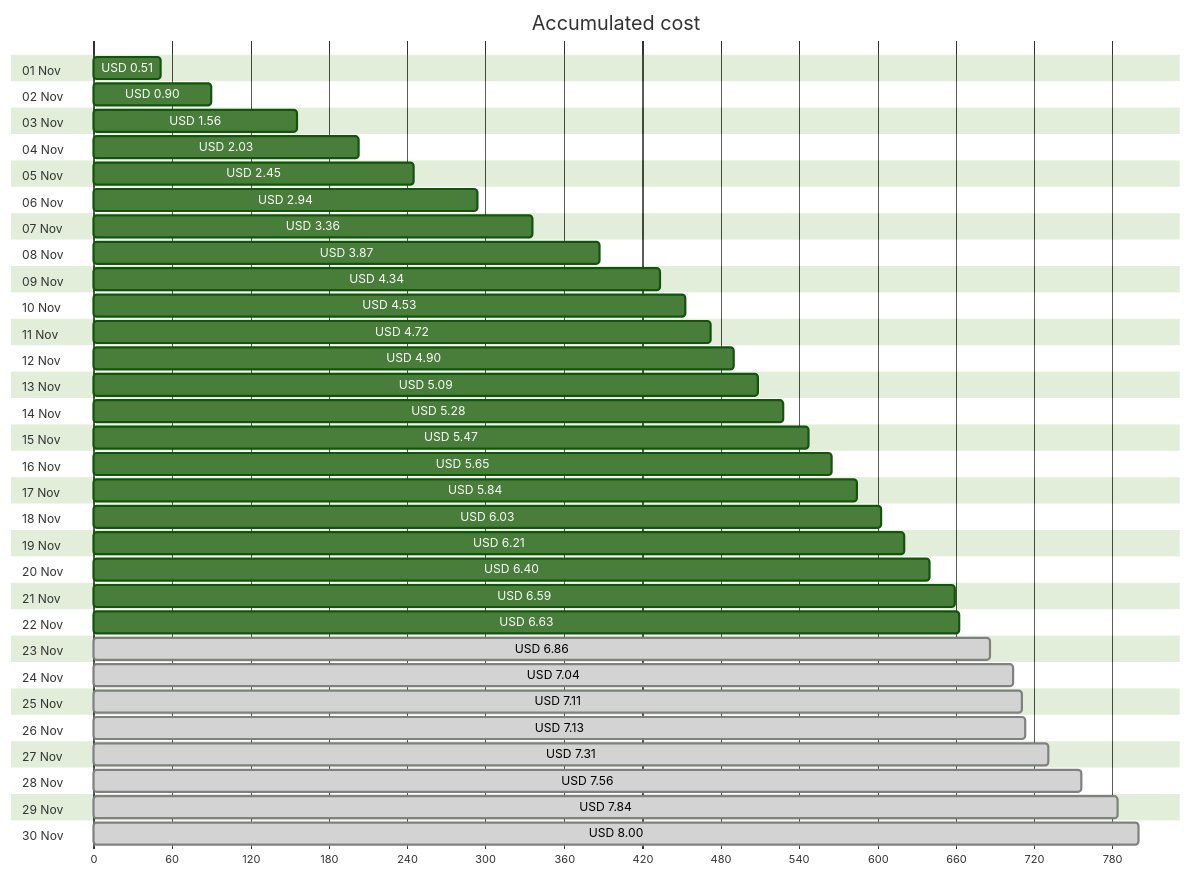
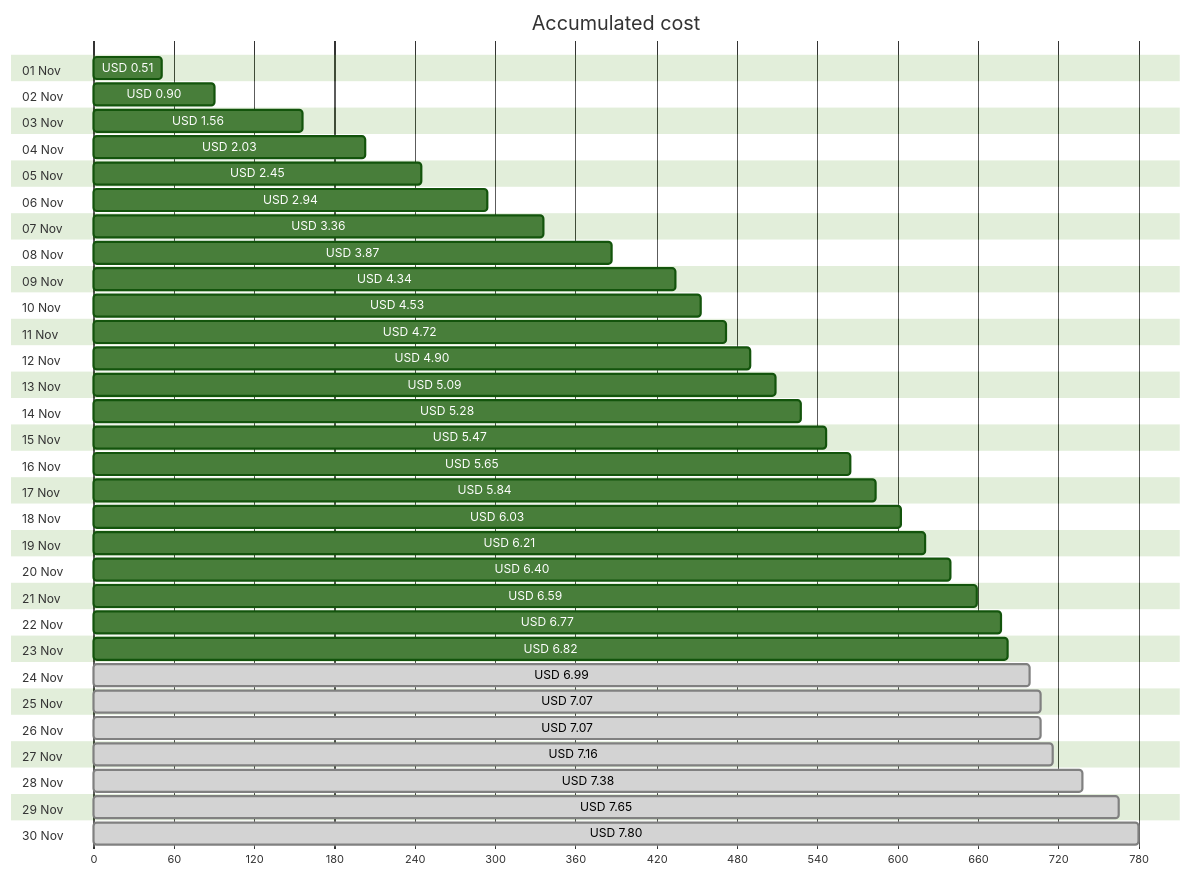
Before and after one commit to jpfulton/azure-personal-reports: the first of 4 diagrams in cost-reports/personal-network/vpn-server.md, drawn with Mermaid (forest theme). The commit also changed other lines of this file and 8 other files, not shown here.

````diff
--- a/cost-reports/personal-network/vpn-server.md
+++ b/cost-reports/personal-network/vpn-server.md
@@ -20,66 +20,66 @@
 ```mermaid
 gantt
    title Accumulated cost
    dateFormat  X
    axisFormat %s
    section 01 Nov
    USD 0.51 :0, 51
    section 02 Nov
    USD 0.90 :0, 90
    section 03 Nov
    USD 1.56 :0, 156
    section 04 Nov
    USD 2.03 :0, 203
    section 05 Nov
    USD 2.45 :0, 245
    section 06 Nov
    USD 2.94 :0, 294
    section 07 Nov
    USD 3.36 :0, 336
    section 08 Nov
    USD 3.87 :0, 387
    section 09 Nov
    USD 4.34 :0, 434
    section 10 Nov
    USD 4.53 :0, 453
    section 11 Nov
    USD 4.72 :0, 472
    section 12 Nov
    USD 4.90 :0, 490
    section 13 Nov
    USD 5.09 :0, 509
    section 14 Nov
    USD 5.28 :0, 528
    section 15 Nov
    USD 5.47 :0, 547
    section 16 Nov
    USD 5.65 :0, 565
    section 17 Nov
    USD 5.84 :0, 584
    section 18 Nov
    USD 6.03 :0, 603
    section 19 Nov
    USD 6.21 :0, 621
    section 20 Nov
    USD 6.40 :0, 640
    section 21 Nov
    USD 6.59 :0, 659
    section 22 Nov
-   USD 6.63 :0, 663
+   USD 6.77 :0, 677
    section 23 Nov
-   USD 6.86 : done, 0, 686
+   USD 6.82 :0, 682
    section 24 Nov
-   USD 7.04 : done, 0, 704
+   USD 6.99 : done, 0, 699
    section 25 Nov
-   USD 7.11 : done, 0, 711
+   USD 7.07 : done, 0, 707
    section 26 Nov
-   USD 7.13 : done, 0, 713
+   USD 7.07 : done, 0, 707
    section 27 Nov
-   USD 7.31 : done, 0, 731
+   USD 7.16 : done, 0, 716
    section 28 Nov
-   USD 7.56 : done, 0, 756
+   USD 7.38 : done, 0, 738
    section 29 Nov
-   USD 7.84 : done, 0, 784
+   USD 7.65 : done, 0, 765
    section 30 Nov
-   USD 8.00 : done, 0, 800
+   USD 7.80 : done, 0, 780
 ```
````
